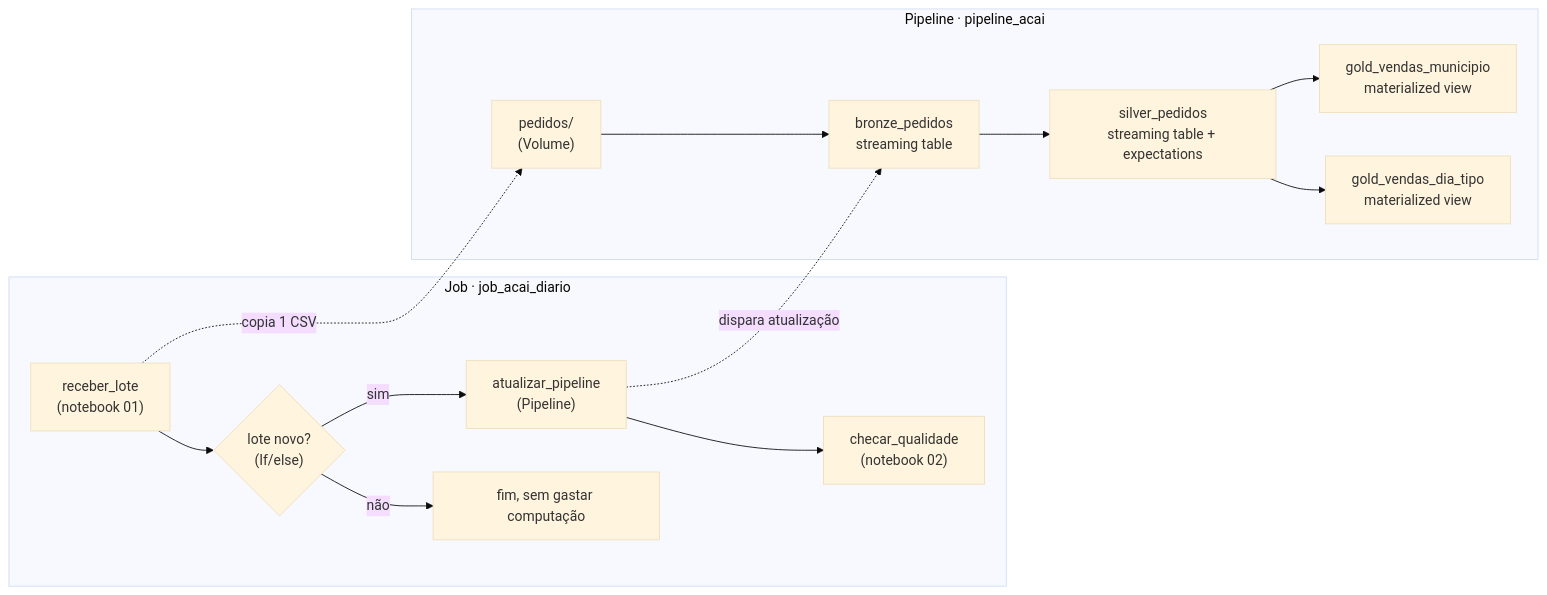
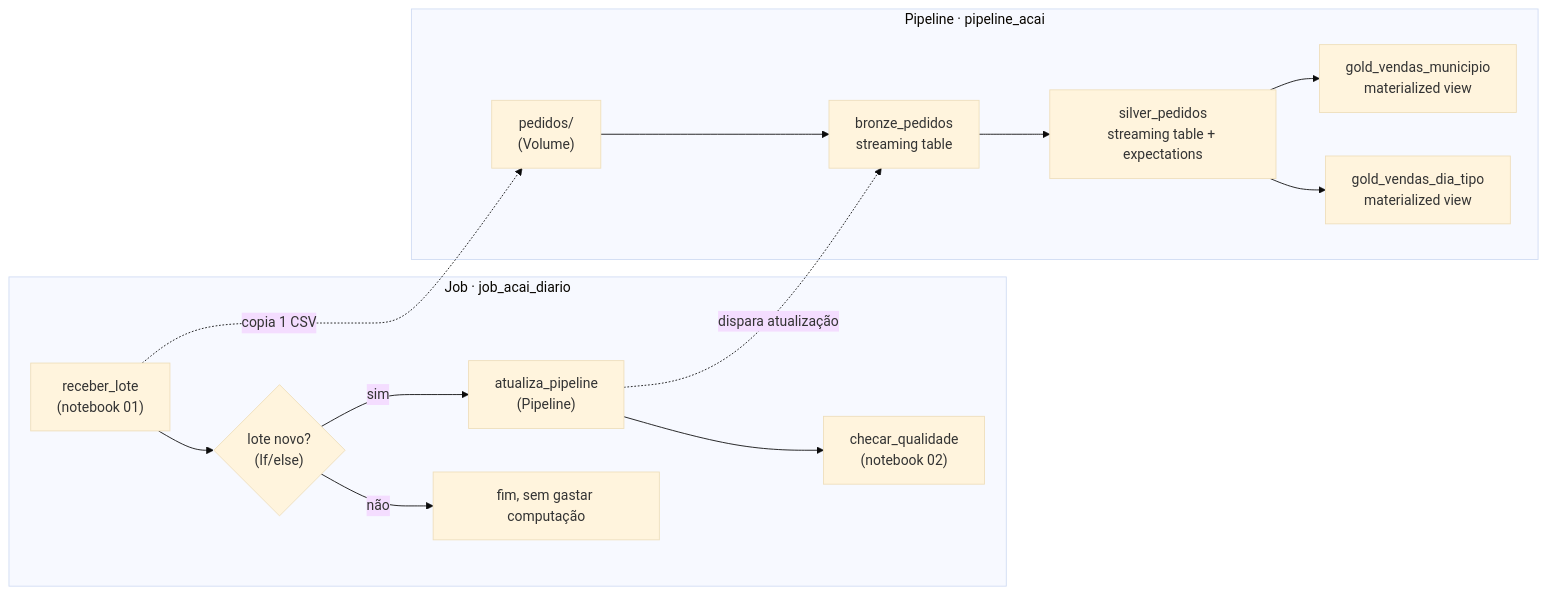
Before and after one commit to mateusscb/acai-databricks-jobs-pipelines: the diagram in README.md, drawn with Mermaid (base theme). The commit also changed other lines of this file, not shown here.

````diff
--- a/README.md
+++ b/README.md
@@ -20,19 +20,19 @@
 ```mermaid
 flowchart LR
     subgraph JOB["Job · job_acai_diario"]
         A["receber_lote<br/>(notebook 01)"] --> B{"lote novo?<br/>(If/else)"}
-        B -- sim --> C["atualizar_pipeline<br/>(Pipeline)"]
+        B -- sim --> C["atualiza_pipeline<br/>(Pipeline)"]
         C --> D["checar_qualidade<br/>(notebook 02)"]
         B -- não --> E["fim, sem gastar computação"]
     end
 
     subgraph PIPE["Pipeline · pipeline_acai"]
         V["pedidos/<br/>(Volume)"] --> BR["bronze_pedidos<br/>streaming table"]
         BR --> SI["silver_pedidos<br/>streaming table + expectations"]
         SI --> G1["gold_vendas_municipio<br/>materialized view"]
         SI --> G2["gold_vendas_dia_tipo<br/>materialized view"]
     end
 
     A -. "copia 1 CSV" .-> V
     C -. "dispara atualização" .-> BR
 ```
````
